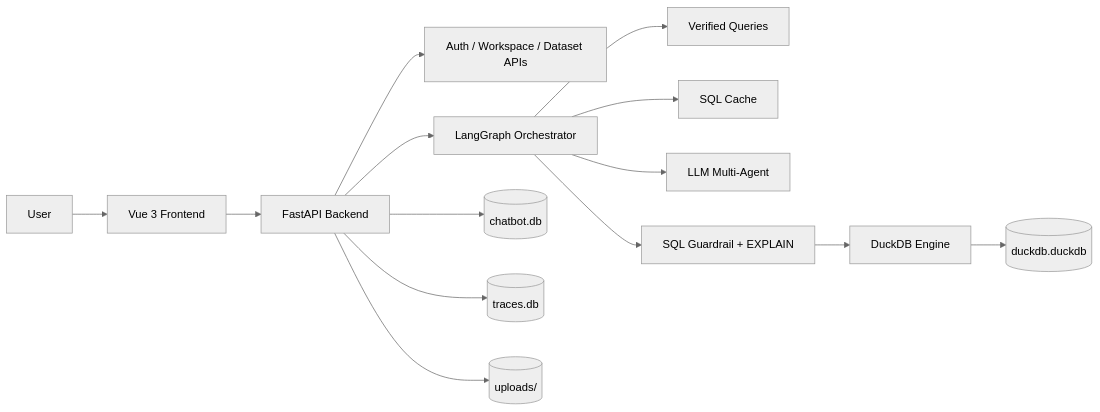
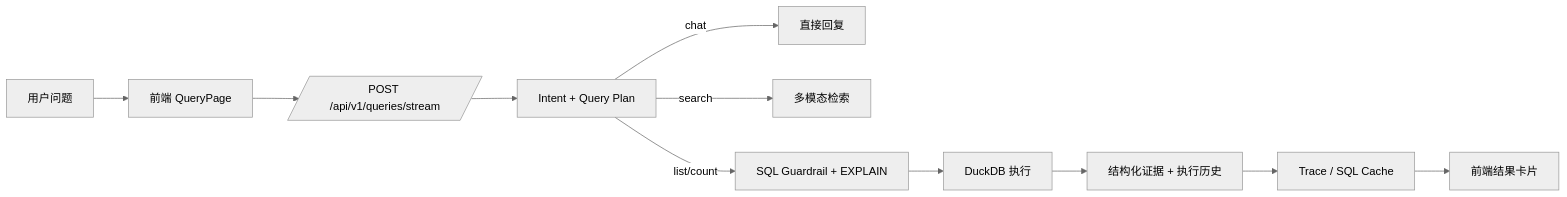
Before and after one commit to fuyuxiang/data-agent: the diagram in README.md, drawn with Mermaid (neutral theme). The commit also changed other lines of this file, not shown here.

````diff
--- a/README.md
+++ b/README.md
@@ -77,16 +276,13 @@
 ```mermaid
 flowchart LR
-    U[User] --> F[Vue 3 Frontend]
-    F --> B[FastAPI Backend]
-    B --> A[Auth / Workspace / Dataset APIs]
-    B --> O[LangGraph Orchestrator]
-    O --> VQ[Verified Queries]
-    O --> SC[SQL Cache]
-    O --> LLM[LLM Multi-Agent]
-    O --> G[SQL Guardrail + EXPLAIN]
-    G --> D[DuckDB Engine]
-    B --> S1[(chatbot.db)]
-    B --> S2[(traces.db)]
-    B --> S3[(uploads/)]
-    D --> S4[(duckdb.duckdb)]
+    U[用户问题] --> Q[前端 QueryPage]
+    Q --> SSE[/POST /api/v1/queries/stream/]
+    SSE --> P[Intent + Query Plan]
+    P -->|chat| A1[直接回复]
+    P -->|search| A2[多模态检索]
+    P -->|list/count| V[SQL Guardrail + EXPLAIN]
+    V --> E[DuckDB 执行]
+    E --> S[结构化证据 + 执行历史]
+    S --> T[Trace / SQL Cache]
+    T --> R[前端结果卡片]
 ```
````
